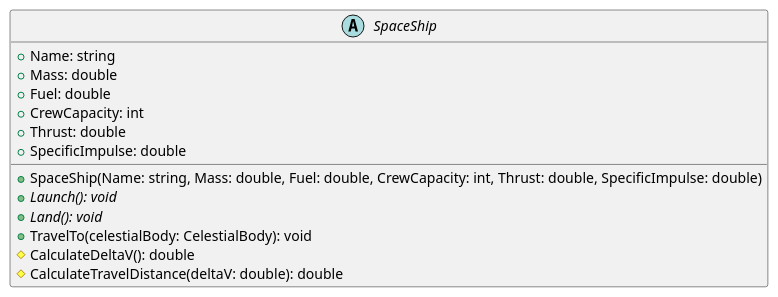
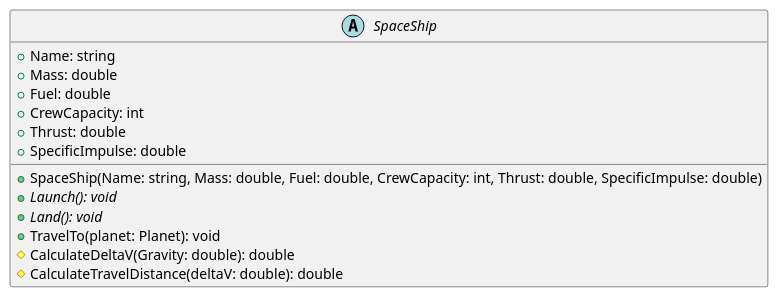
Before and after one commit to zcomert/MYAZ203205-Nesne-Yonelimli-Programlama: the diagram in Practice/diagrams/SpaceShipClass.wsd, drawn with PlantUML. The commit also changed 3 other files, not shown here.

```diff
--- a/Practice/diagrams/SpaceShipClass.wsd
+++ b/Practice/diagrams/SpaceShipClass.wsd
@@ -1,16 +1,16 @@
 @startuml SpaceShip
 abstract class SpaceShip{
     + Name: string
     + Mass: double
     + Fuel: double
     + CrewCapacity: int
     + Thrust: double
     + SpecificImpulse: double
     + SpaceShip(Name: string, Mass: double, Fuel: double, CrewCapacity: int, Thrust: double, SpecificImpulse: double)
     + {abstract} Launch(): void
     + {abstract} Land(): void
-    + TravelTo(celestialBody: CelestialBody): void
-    # CalculateDeltaV(): double
+    + TravelTo(planet: Planet): void
+    # CalculateDeltaV(Gravity: double): double
     # CalculateTravelDistance(deltaV: double): double
 }
 @enduml
```
